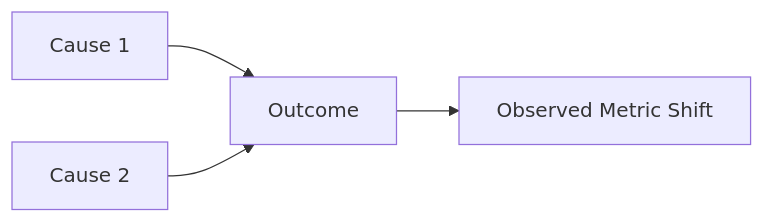
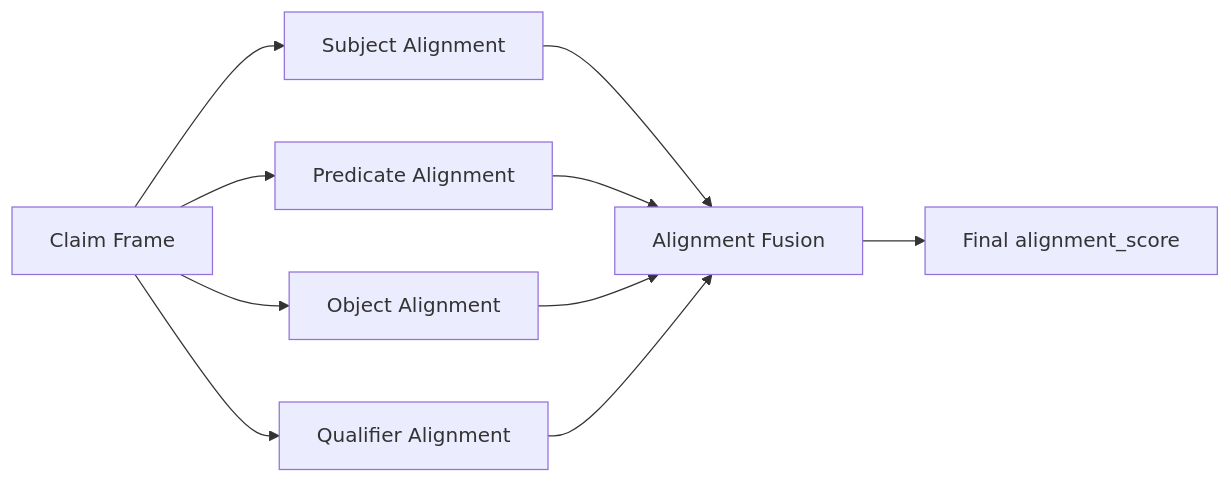
The fifth of 8 diagrams in methodology/figures/04-ranking-trust-and-evidence-quality-pack.md (Luxia-AI/docs), drawn with Mermaid before and after one commit. The commit also changed other lines of this file and 9 other files, not shown here.

First line of the commit message:
Refactor methodology figures with updated Mermaid diagrams and enhanced clarity across multiple packs. Key changes include:

````diff
--- a/methodology/figures/04-ranking-trust-and-evidence-quality-pack.md
+++ b/methodology/figures/04-ranking-trust-and-evidence-quality-pack.md
@@ -126,6 +144,12 @@
 ```mermaid
-graph LR
-    A[Cause 1] --> C[Outcome]
-    B[Cause 2] --> C
-    C --> D[Observed Metric Shift]
+flowchart LR
+  C[Claim Frame] --> SA[Subject Alignment]
+  C --> PA[Predicate Alignment]
+  C --> OA[Object Alignment]
+  C --> QA[Qualifier Alignment]
+  SA --> F[Alignment Fusion]
+  PA --> F
+  OA --> F
+  QA --> F
+  F --> S[Final alignment_score]
 ```
````
